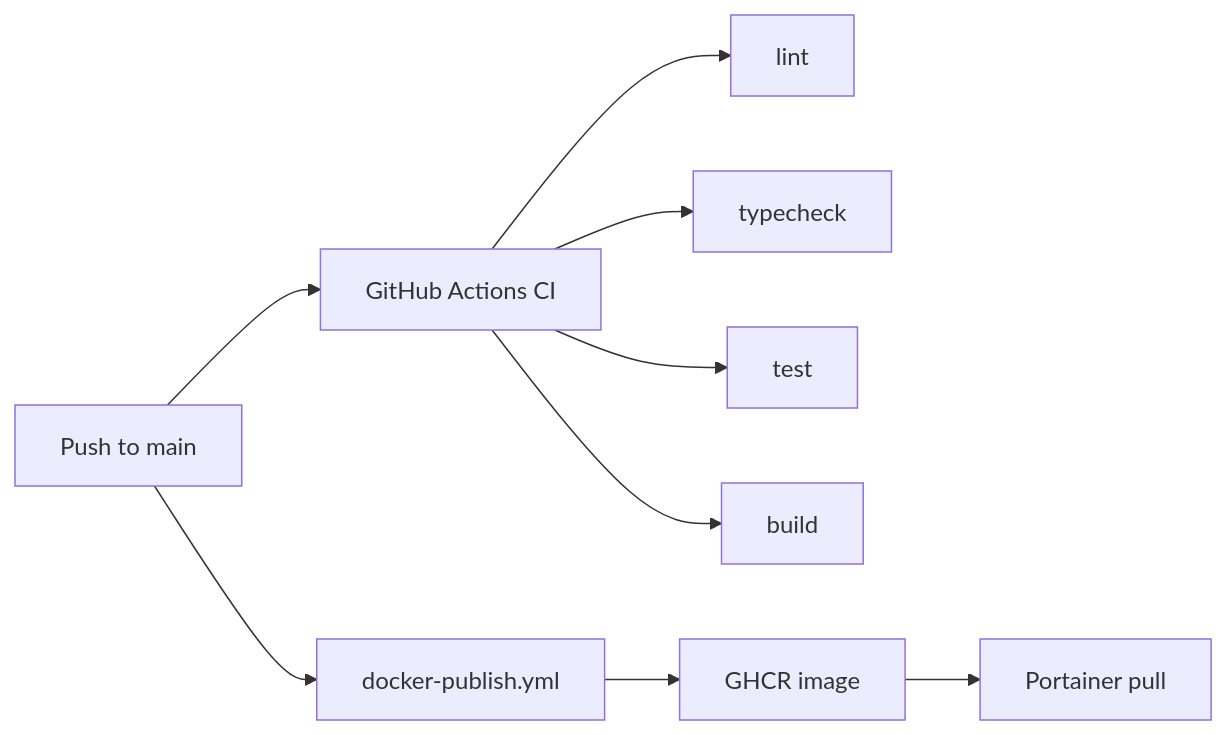
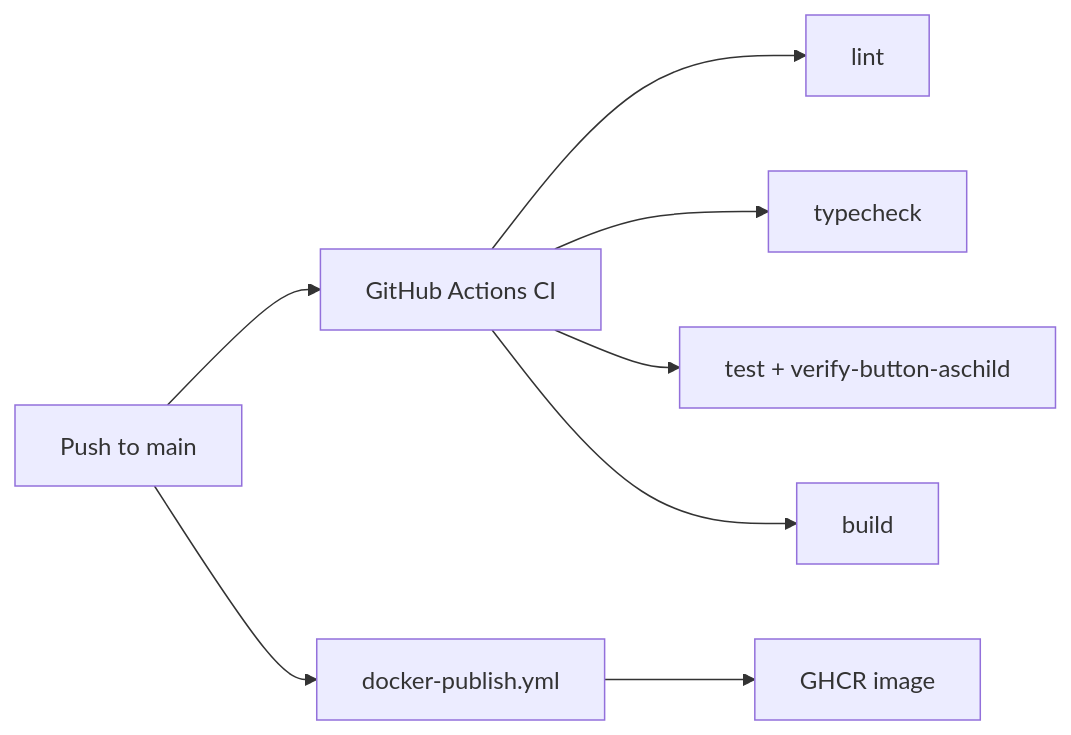
The third of 3 diagrams in docs/ARCHITECTURE.md (Tomkoooo/tCrm), drawn with Mermaid before and after one commit. The commit also changed other lines of this file and 621 other files, not shown here.

````diff
--- a/docs/ARCHITECTURE.md
+++ b/docs/ARCHITECTURE.md
@@ -289,11 +278,10 @@
 ```mermaid
 flowchart LR
   push[Push to main] --> ci[GitHub Actions CI]
   ci --> lint[lint]
   ci --> typecheck[typecheck]
-  ci --> test[test]
+  ci --> test[test + verify-button-aschild]
   ci --> build[build]
   push --> docker[docker-publish.yml]
   docker --> ghcr[GHCR image]
-  ghcr --> portainer[Portainer pull]
 ```
````
